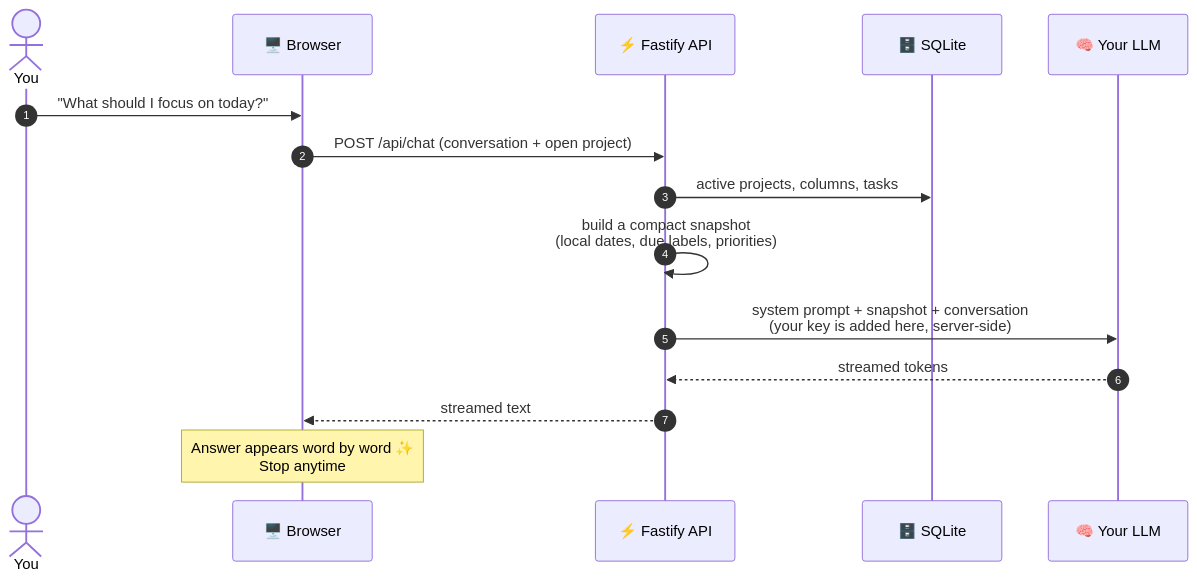
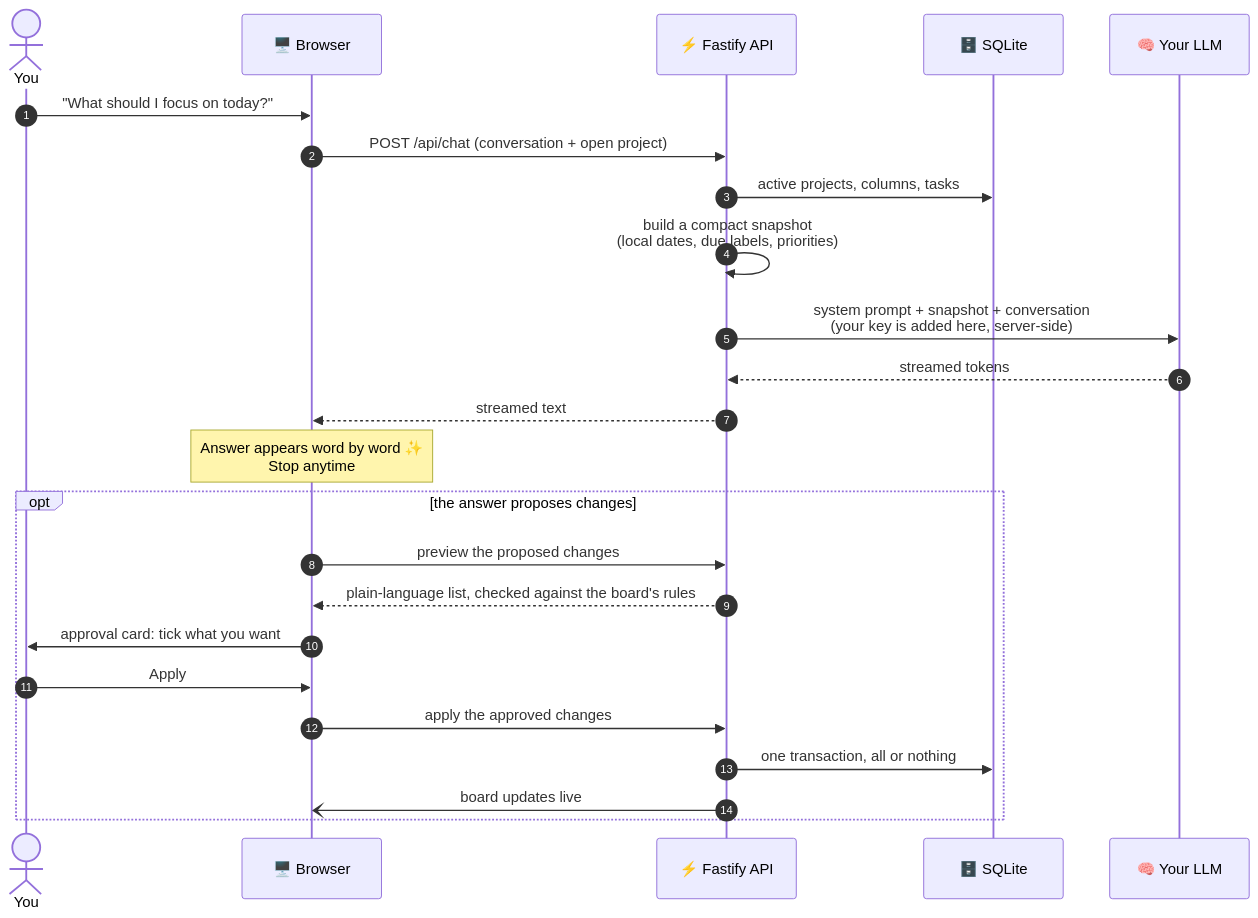
The second of 4 diagrams in README.md (Parv17k/tasktracker), drawn with Mermaid before and after one commit. The commit also changed other lines of this file and 8 other files, not shown here.

Commit message:
Chat can change the board with your approval; plain-language errors when the AI provider fails

````diff
--- a/README.md
+++ b/README.md
@@ -313,18 +315,27 @@
 ```mermaid
 sequenceDiagram
     autonumber
     actor You
     participant UI as 🖥️ Browser
     participant API as ⚡ Fastify API
     participant DB as 🗄️ SQLite
     participant LLM as 🧠 Your LLM
 
     You->>UI: "What should I focus on today?"
     UI->>API: POST /api/chat (conversation + open project)
     API->>DB: active projects, columns, tasks
     API->>API: build a compact snapshot<br/>(local dates, due labels, priorities)
     API->>LLM: system prompt + snapshot + conversation<br/>(your key is added here, server-side)
     LLM-->>API: streamed tokens
     API-->>UI: streamed text
     Note over UI: Answer appears word by word ✨<br/>Stop anytime
+    opt the answer proposes changes
+        UI->>API: preview the proposed changes
+        API-->>UI: plain-language list, checked against the board's rules
+        UI->>You: approval card: tick what you want
+        You->>UI: Apply
+        UI->>API: apply the approved changes
+        API->>DB: one transaction, all or nothing
+        API-)UI: board updates live
+    end
 ```
````
